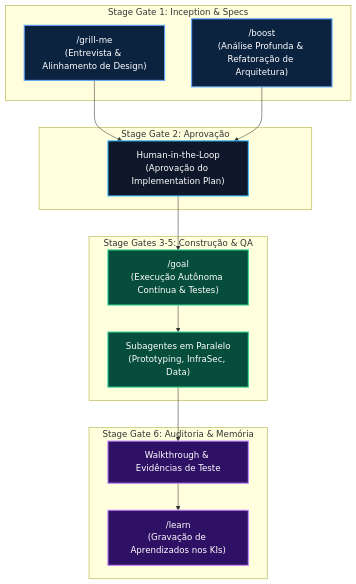
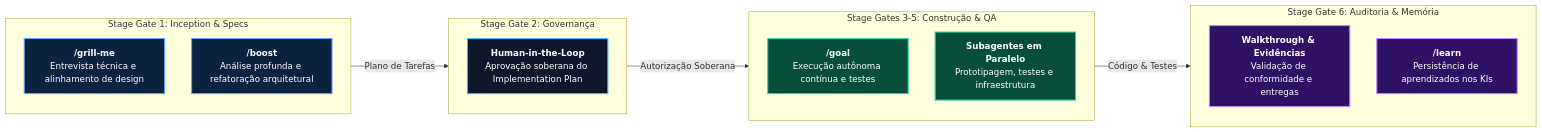
The third of 3 diagrams in projects/Living Architecture PCL AEOS/docs/agents-squads/README.md (EnterDufter/PromptCoreLabs_AEOS), drawn with Mermaid before and after one commit. The commit also changed other lines of this file and 4 other files, not shown here.

Commit message:
fix(design): expand diagram aspect ratio horizontally, unclamp print media scale and standardize card layouts

````diff
--- a/projects/Living Architecture PCL AEOS/docs/agents-squads/README.md
+++ b/projects/Living Architecture PCL AEOS/docs/agents-squads/README.md
@@ -123,33 +127,34 @@
 ```mermaid
-flowchart TD
+flowchart LR
     classDef inception fill:#0c2340,stroke:#60a5fa,stroke-width:2px,color:#ffffff
     classDef gov fill:#0f172a,stroke:#38bdf8,stroke-width:2px,color:#ffffff
     classDef exec fill:#064e3b,stroke:#34d399,stroke-width:2px,color:#ffffff
     classDef audit fill:#2e1065,stroke:#c084fc,stroke-width:2px,color:#ffffff
 
-    subgraph Inception_StageGate1["Stage Gate 1: Inception & Specs"]
-        GrillMe["/grill-me<br/>(Entrevista & Alinhamento de Design)"]:::inception
-        Boost["/boost<br/>(Análise Profunda & Refatoração de Arquitetura)"]:::inception
+    subgraph SG1["Stage Gate 1: Inception & Specs"]
+        direction TB
+        GrillMe["<b>/grill-me</b><br/>Entrevista técnica e alinhamento de design"]:::inception
+        Boost["<b>/boost</b><br/>Análise profunda e refatoração arquitetural"]:::inception
     end
 
-    subgraph Governance_StageGate2["Stage Gate 2: Aprovação"]
-        HitL["Human-in-the-Loop<br/>(Aprovação do Implementation Plan)"]:::gov
+    subgraph SG2["Stage Gate 2: Governança"]
+        direction TB
+        HitL["<b>Human-in-the-Loop</b><br/>Aprovação soberana do Implementation Plan"]:::gov
     end
 
-    subgraph Execution_StageGates3_5["Stage Gates 3-5: Construção & QA"]
-        Goal["/goal<br/>(Execução Autônoma Contínua & Testes)"]:::exec
-        Subagents["Subagentes em Paralelo<br/>(Prototyping, InfraSec, Data)"]:::exec
+    subgraph SG3_5["Stage Gates 3-5: Construção & QA"]
+        direction TB
+        Goal["<b>/goal</b><br/>Execução autônoma contínua e testes"]:::exec
+        Subagents["<b>Subagentes em Paralelo</b><br/>Prototipagem, testes e infraestrutura"]:::exec
     end
 
-    subgraph Audit_StageGate6["Stage Gate 6: Auditoria & Memória"]
-        Walkthrough["Walkthrough & Evidências de Teste"]:::audit
-        Learn["/learn<br/>(Gravação de Aprendizados nos KIs)"]:::audit
+    subgraph SG6["Stage Gate 6: Auditoria & Memória"]
+        direction TB
+        Walkthrough["<b>Walkthrough & Evidências</b><br/>Validação de conformidade e entregas"]:::audit
+        Learn["<b>/learn</b><br/>Persistência de aprendizados nos KIs"]:::audit
     end
 
-    GrillMe --> HitL
-    Boost --> HitL
-    HitL --> Goal
-    Goal --> Subagents
-    Subagents --> Walkthrough
-    Walkthrough --> Learn
+    SG1 -->|"Plano de Tarefas"| SG2
+    SG2 -->|"Autorização Soberana"| SG3_5
+    SG3_5 -->|"Código & Testes"| SG6
 ```
````
